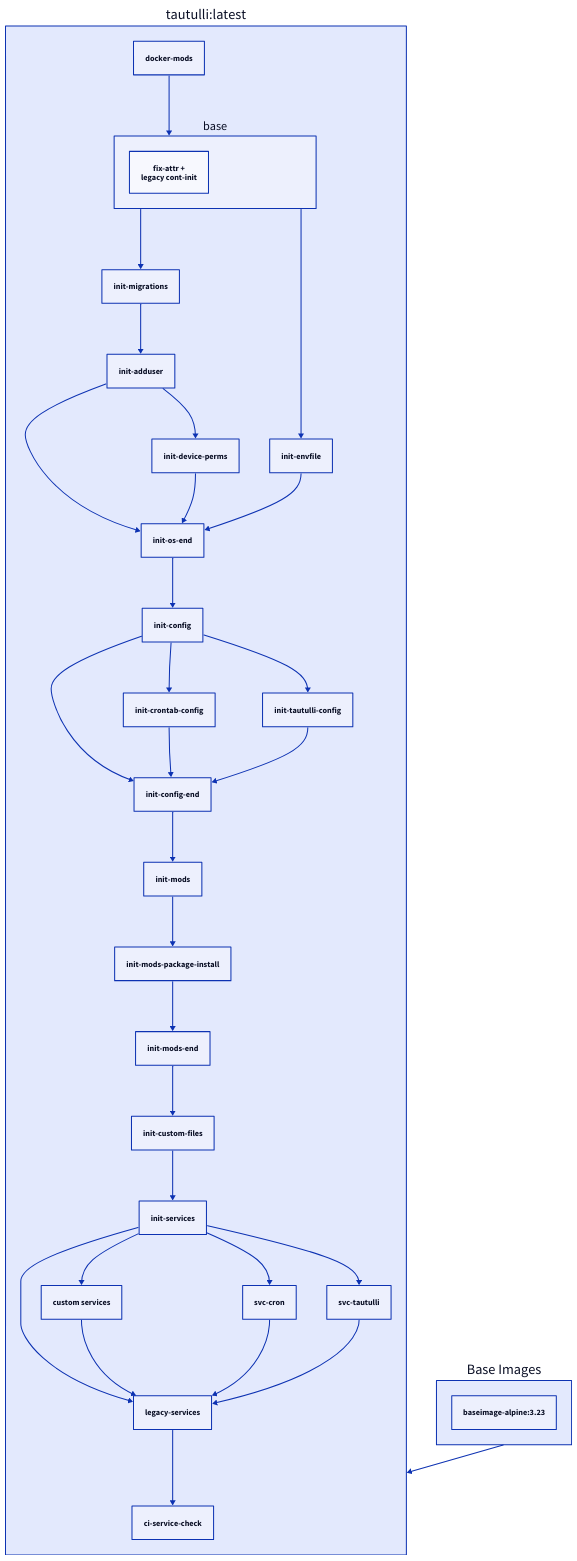
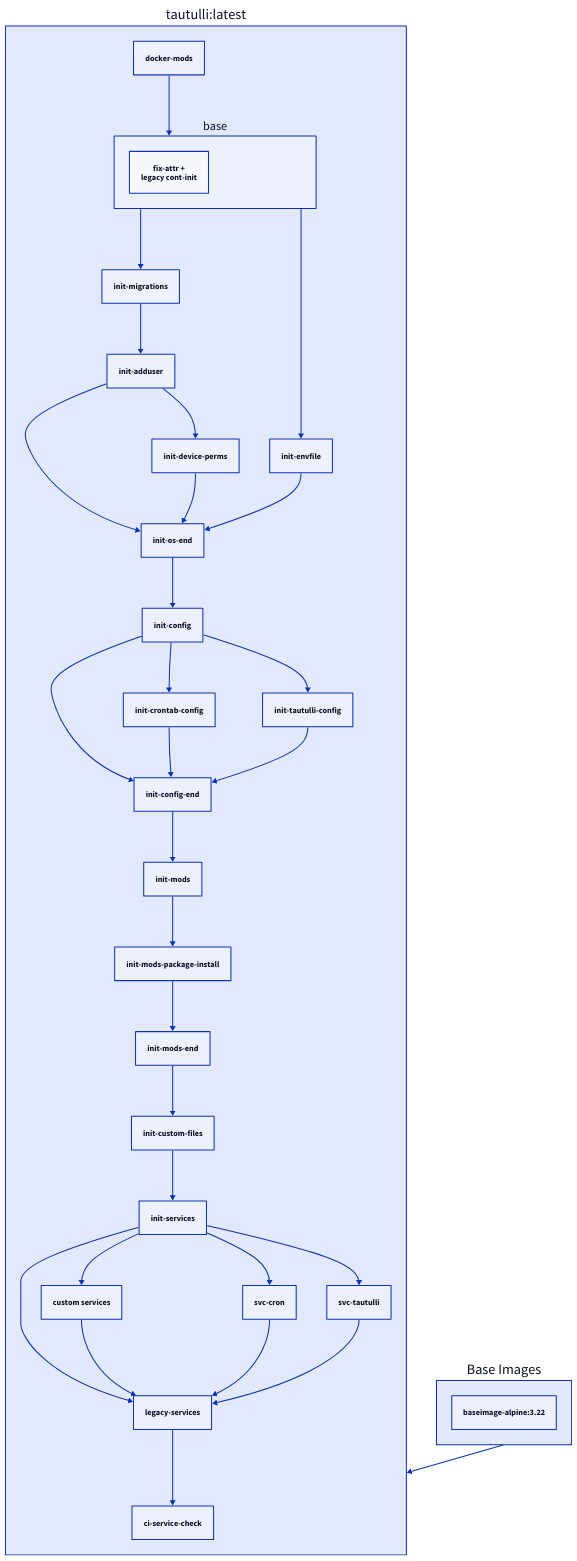
Before and after one commit to linuxserver/docker-documentation: the diagram in docs/images/docker-tautulli.md, drawn with D2. The commit also changed other lines of this file, not shown here.

Commit message:
Bot Updating Documentation

````diff
--- a/docs/images/docker-tautulli.md
+++ b/docs/images/docker-tautulli.md
@@ -298,41 +298,41 @@
     ```d2
     "tautulli:latest": {
       docker-mods
       base {
         fix-attr +\nlegacy cont-init
       }
       docker-mods -> base
       legacy-services
       custom services
       init-services -> legacy-services
       init-services -> custom services
       custom services -> legacy-services
       legacy-services -> ci-service-check
       init-migrations -> init-adduser
       init-os-end -> init-config
       init-config -> init-config-end
       init-crontab-config -> init-config-end
       init-tautulli-config -> init-config-end
       init-config -> init-crontab-config
       init-mods-end -> init-custom-files
       init-adduser -> init-device-perms
       base -> init-envfile
       base -> init-migrations
       init-config-end -> init-mods
       init-mods-package-install -> init-mods-end
       init-mods -> init-mods-package-install
       init-adduser -> init-os-end
       init-device-perms -> init-os-end
       init-envfile -> init-os-end
       init-custom-files -> init-services
       init-config -> init-tautulli-config
       init-services -> svc-cron
       svc-cron -> legacy-services
       init-services -> svc-tautulli
       svc-tautulli -> legacy-services
     }
     Base Images: {
-      "baseimage-alpine:3.23"
+      "baseimage-alpine:3.22"
     }
     "tautulli:latest" <- Base Images
     ```
````
